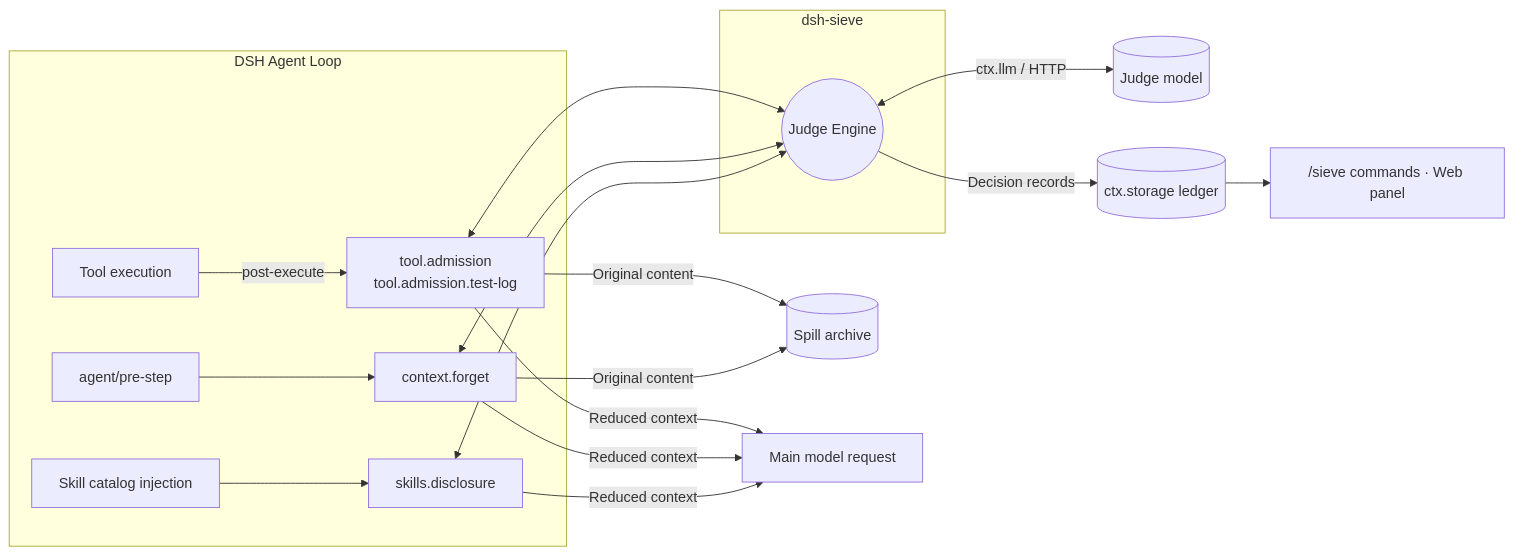
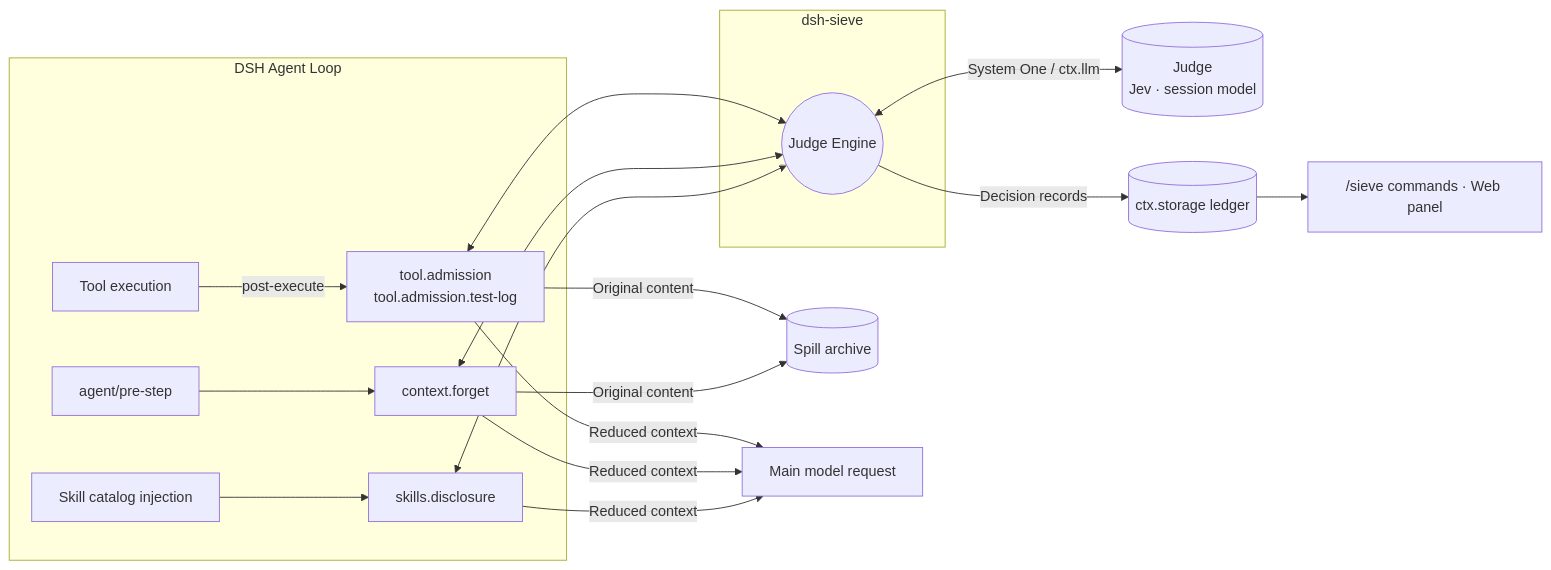
The first of 2 diagrams in README.en.md (Sev7eEn7/dsh-sieve), drawn with Mermaid before and after one commit. The commit also changed other lines of this file and 1 other file, not shown here.

First line of the commit message:
docs: README 中英文补充判断服务（Jev）的工作方式

````diff
--- a/README.en.md
+++ b/README.en.md
@@ -45,25 +47,25 @@
 ```mermaid
 flowchart LR
     subgraph Loop["DSH Agent Loop"]
         T[Tool execution] -->|post-execute| A
         P[agent/pre-step] --> F
         S[Skill catalog injection] --> D
     end
 
     subgraph Sieve["dsh-sieve"]
         A["tool.admission<br/>tool.admission.test-log"]
         F[context.forget]
         D[skills.disclosure]
         K(("Judge Engine"))
         A <--> K
         F <--> K
         D <--> K
     end
 
-    K <-->|ctx.llm / HTTP| J[(Judge model)]
+    K <-->|"System One / ctx.llm"| J[("Judge<br/>Jev · session model")]
     A & F -->|Original content| SP[(Spill archive)]
     K -->|Decision records| L[(ctx.storage ledger)]
     L --> W["/sieve commands · Web panel"]
 
     A & F & D -->|Reduced context| M[Main model request]
 ```
````
